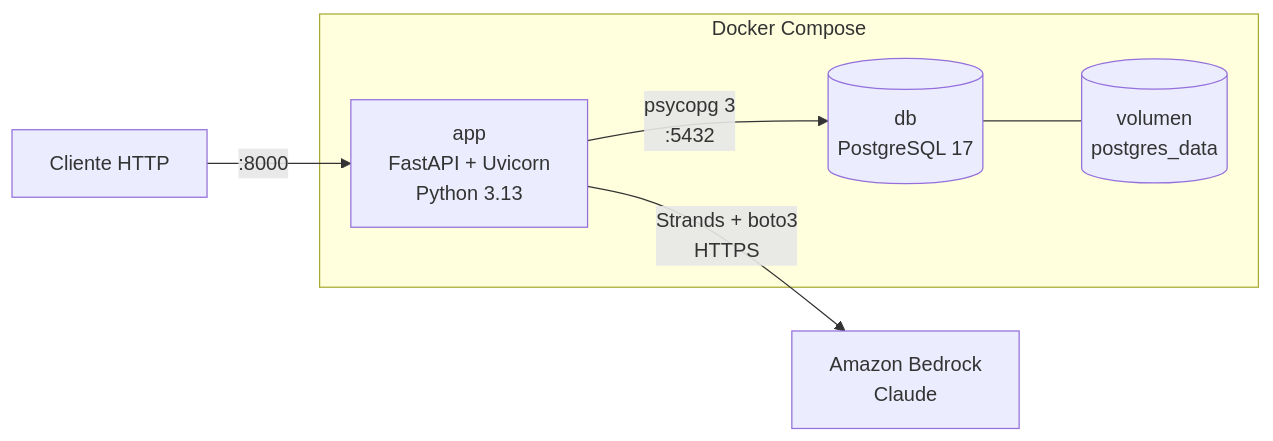
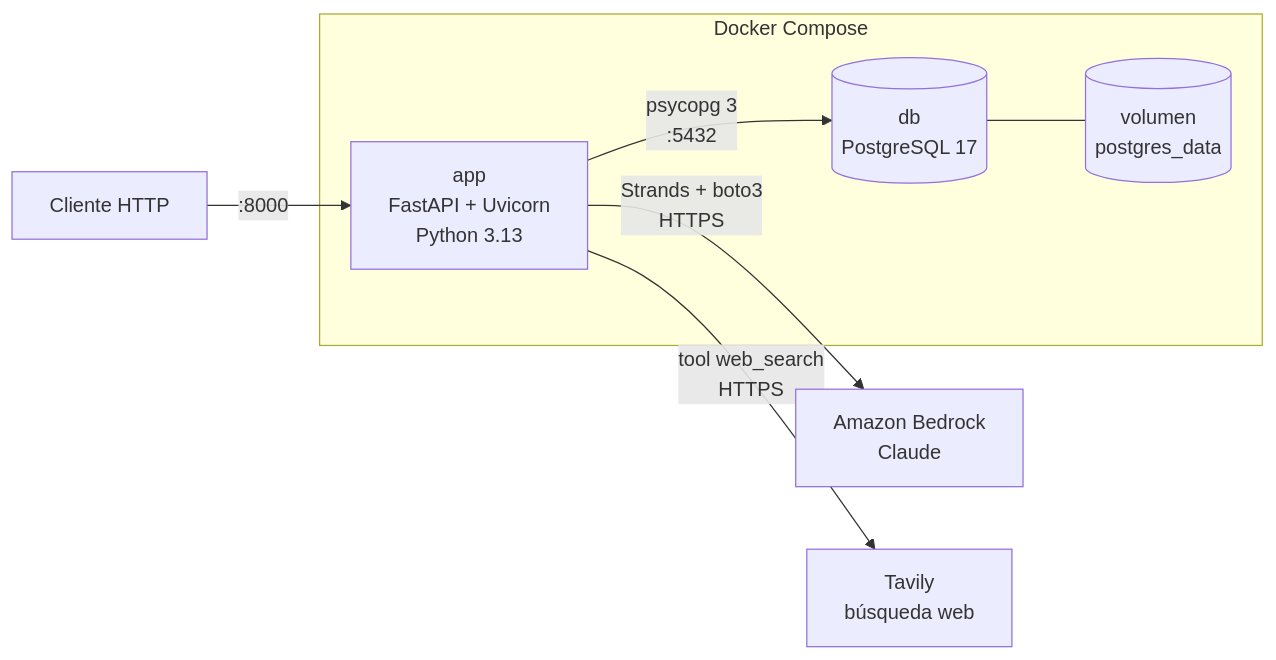
Before and after one commit to javier2233/agent-article-generator: the diagram in docs/architecture.md, drawn with Mermaid. The commit also changed other lines of this file and 9 other files, not shown here.

First line of the commit message:
Añade la tool web_search (Tavily) al agente redactor

````diff
--- a/docs/architecture.md
+++ b/docs/architecture.md
@@ -7,9 +7,10 @@
 ```mermaid
 flowchart LR
     client[Cliente HTTP] -->|:8000| app
     subgraph Docker Compose
         app["app<br/>FastAPI + Uvicorn<br/>Python 3.13"] -->|psycopg 3<br/>:5432| db[("db<br/>PostgreSQL 17")]
         db --- vol[(volumen<br/>postgres_data)]
     end
     app -->|Strands + boto3<br/>HTTPS| bedrock["Amazon Bedrock<br/>Claude"]
+    app -->|tool web_search<br/>HTTPS| tavily["Tavily<br/>búsqueda web"]
 ```
````
